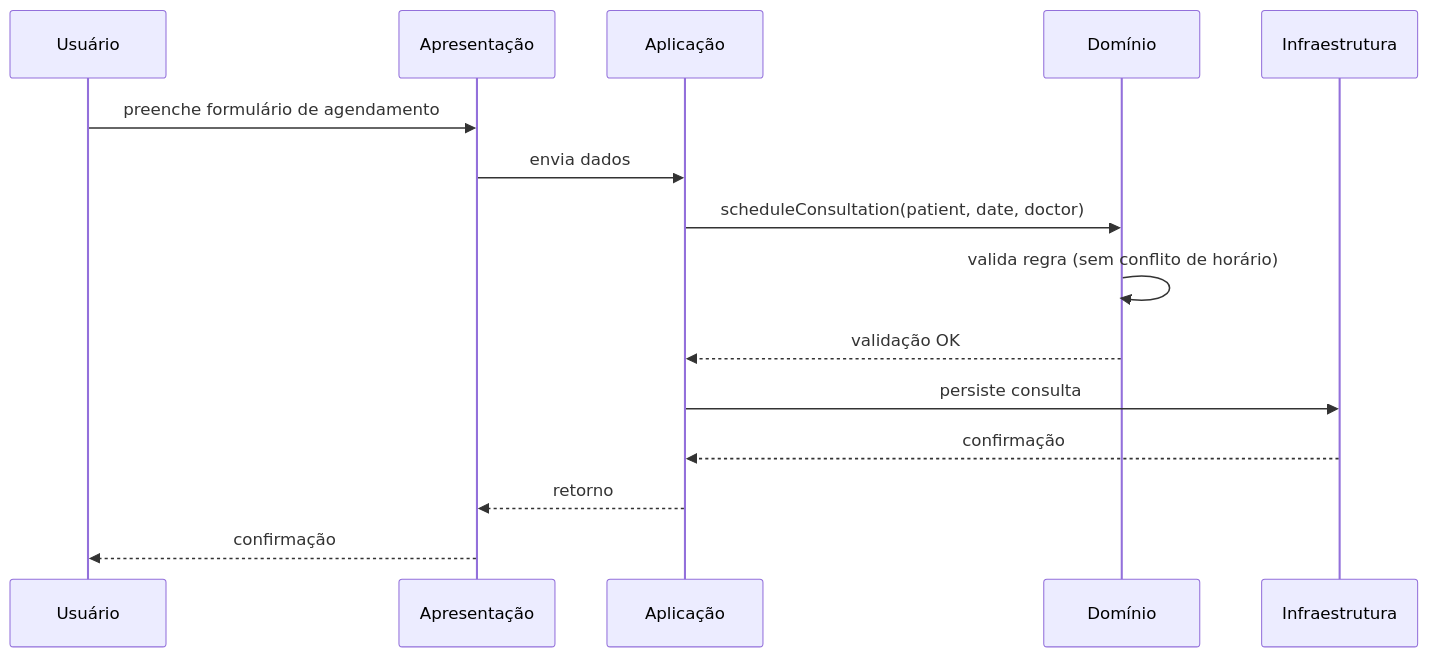
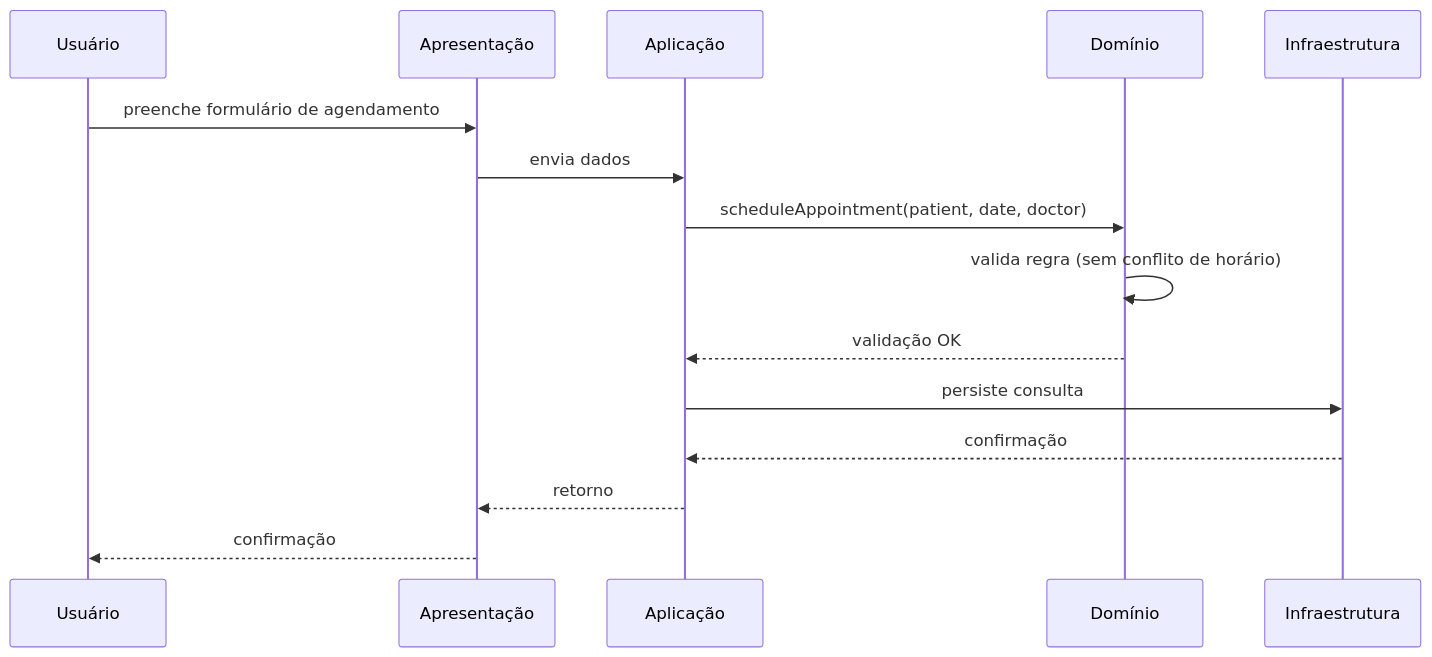
The second of 3 diagrams in docs/Estratégia e Inovação/Arquitetura de Software/3 - Arquitetura do Domínio/1 - Isolando o Domínio com Arquitetura em Camadas.md (burn-c/arquitetura-de-software-fase-2), drawn with Mermaid before and after one commit. The commit also changed other lines of this file and 8 other files, not shown here.

````diff
--- a/docs/Estratégia e Inovação/Arquitetura de Software/3 - Arquitetura do Domínio/1 - Isolando o Domínio com Arquitetura em Camadas.md
+++ b/docs/Estratégia e Inovação/Arquitetura de Software/3 - Arquitetura do Domínio/1 - Isolando o Domínio com Arquitetura em Camadas.md
@@ -95,18 +95,18 @@
 ```mermaid
 sequenceDiagram
     participant U as Usuário
     participant P as Apresentação
     participant A as Aplicação
     participant D as Domínio
     participant I as Infraestrutura
 
     U->>P: preenche formulário de agendamento
     P->>A: envia dados
-    A->>D: scheduleConsultation(patient, date, doctor)
+    A->>D: scheduleAppointment(patient, date, doctor)
     D->>D: valida regra (sem conflito de horário)
     D-->>A: validação OK
     A->>I: persiste consulta
     I-->>A: confirmação
     A-->>P: retorno
     P-->>U: confirmação
 ```
````
